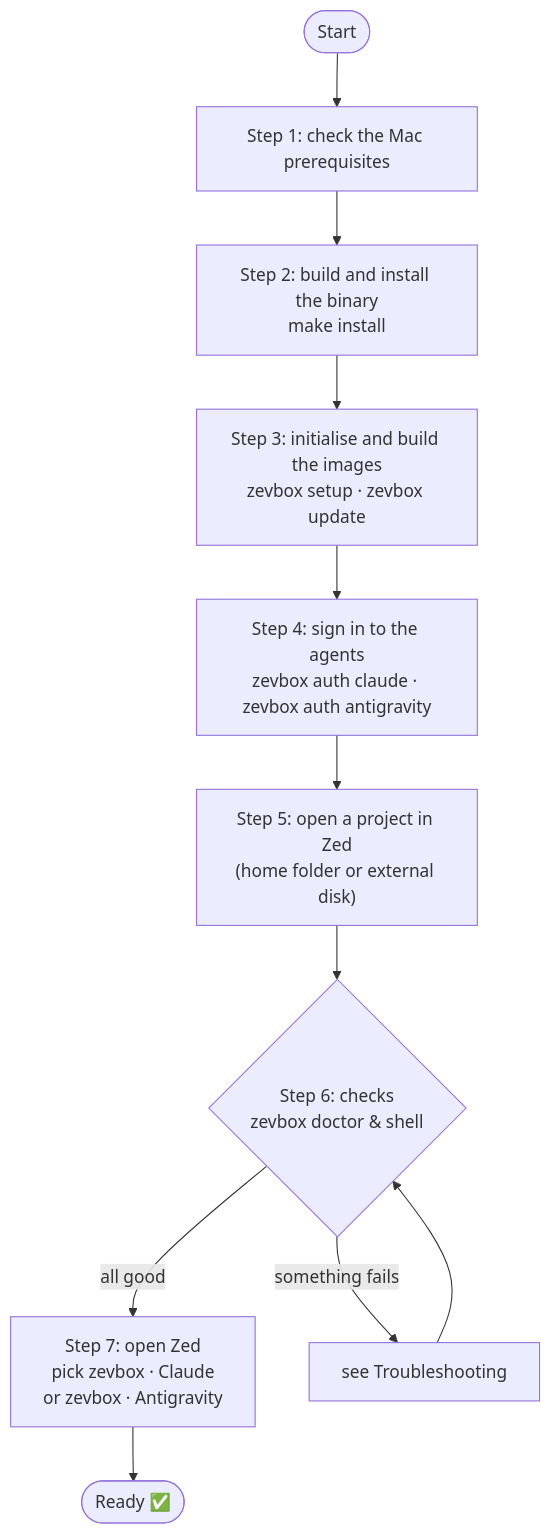
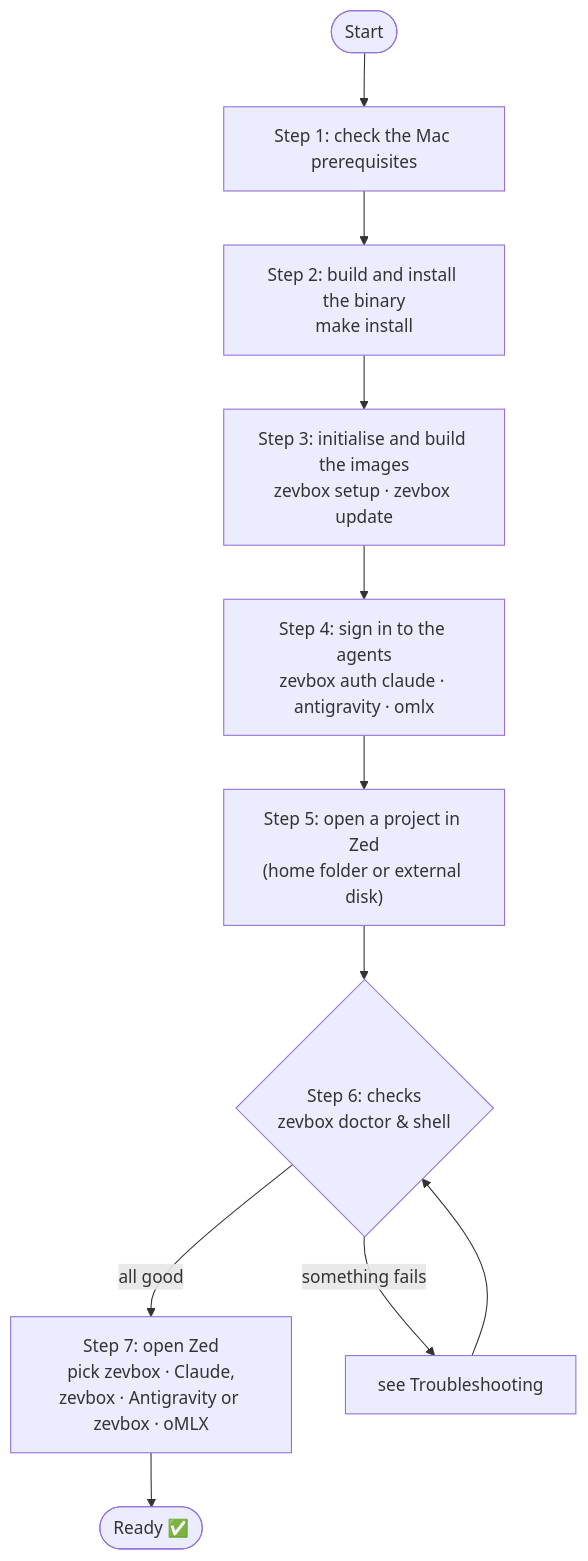
The first of 3 diagrams in docs/USER_GUIDE.md (brainztorm/zevbox), drawn with Mermaid before and after one commit. The commit also changed other lines of this file and 12 other files, not shown here.

````diff
--- a/docs/USER_GUIDE.md
+++ b/docs/USER_GUIDE.md
@@ -13,15 +13,15 @@
 ```mermaid
 flowchart TD
     Start(["Start"]) --> Step1["Step 1: check the Mac prerequisites"]
     Step1 --> Step2["Step 2: build and install the binary\nmake install"]
     Step2 --> Step3["Step 3: initialise and build the images\nzevbox setup · zevbox update"]
-    Step3 --> Step4["Step 4: sign in to the agents\nzevbox auth claude · zevbox auth antigravity"]
+    Step3 --> Step4["Step 4: sign in to the agents\nzevbox auth claude · antigravity · omlx"]
     Step4 --> Step4b["Step 5: open a project in Zed\n(home folder or external disk)"]
     Step4b --> Step5{"Step 6: checks\nzevbox doctor & shell"}
 
-    Step5 -- "all good" --> Step6["Step 7: open Zed\npick zevbox · Claude\nor zevbox · Antigravity"]
+    Step5 -- "all good" --> Step6["Step 7: open Zed\npick zevbox · Claude,\nzevbox · Antigravity or zevbox · oMLX"]
     Step5 -- "something fails" --> Fix["see Troubleshooting"]
     Fix --> Step5
 
     Step6 --> Done(["Ready ✅"])
 ```
````
